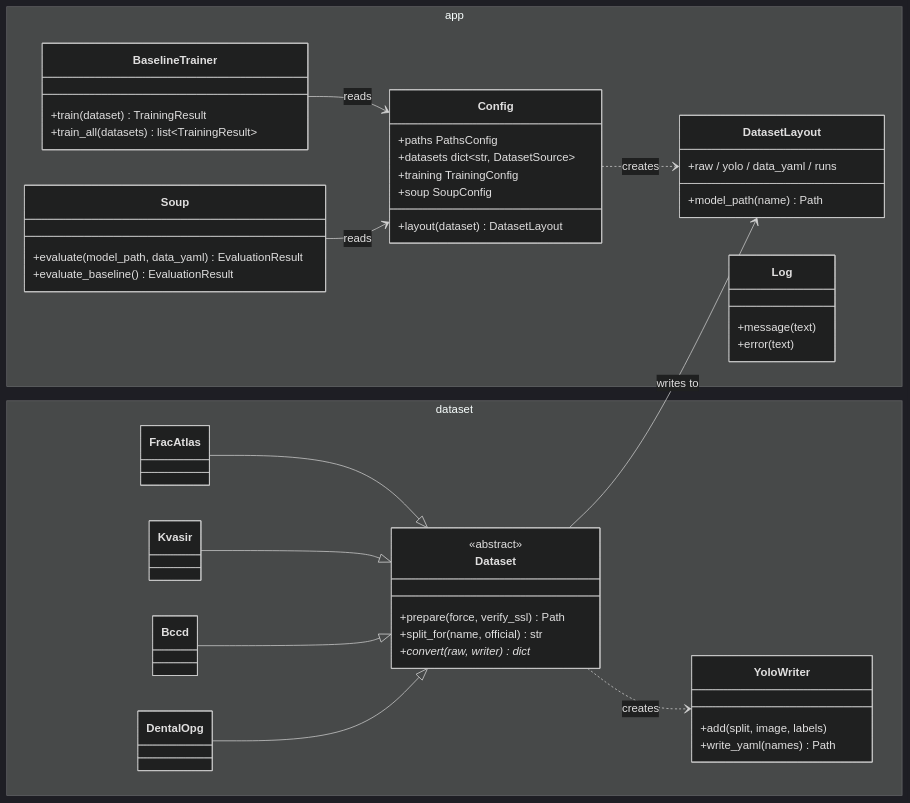
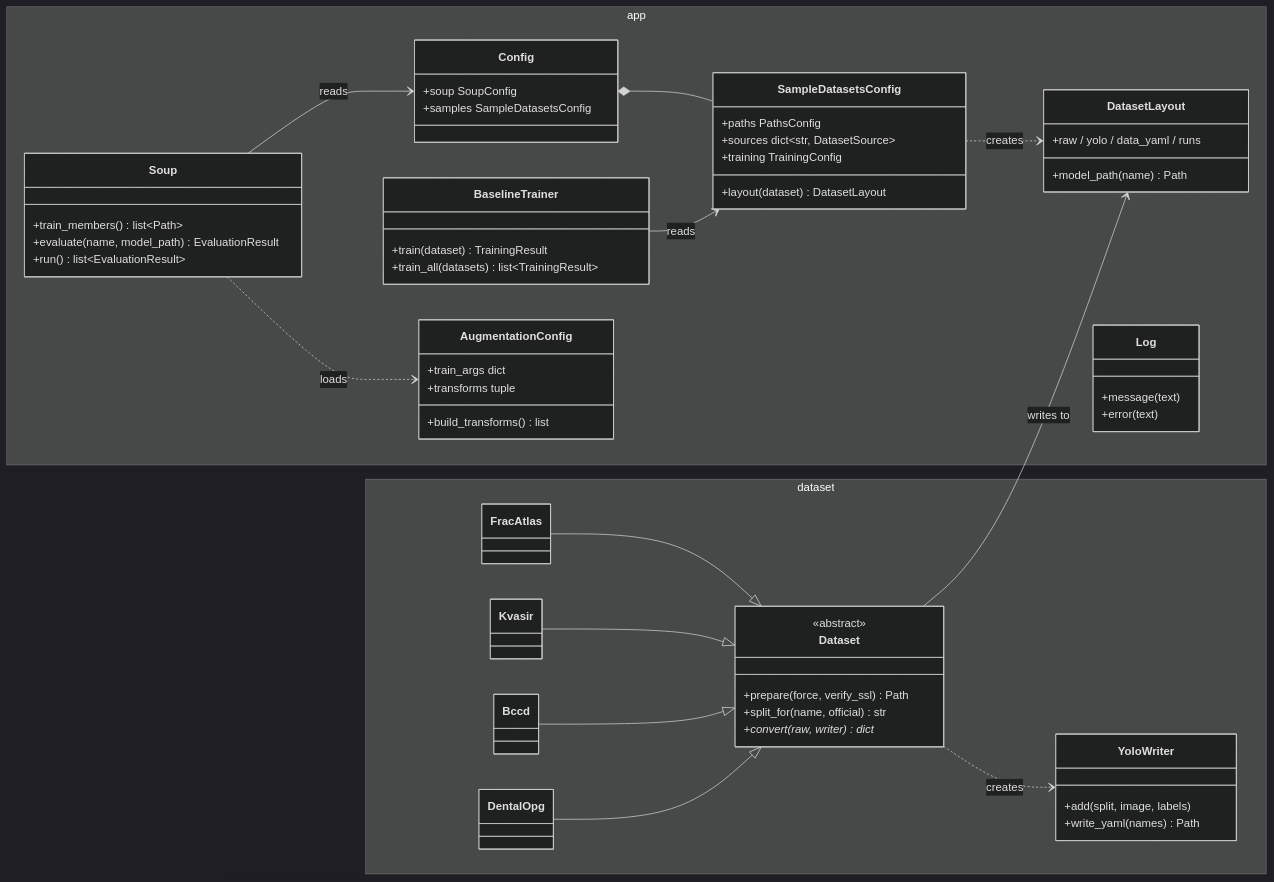
Before and after one commit to michael-mayo/model_soup: the second of 2 diagrams in README.md, drawn with Mermaid (dark theme). The commit also changed other lines of this file and 11 other files, not shown here.

Commit message:
finalised soup model code for finetuning any baseline model using a bagged subset of the training data + different augmentation settings

````diff
--- a/README.md
+++ b/README.md
@@ -171,54 +264,65 @@
 ```mermaid
 classDiagram
     direction LR
     namespace app {
         class Config {
+            +soup SoupConfig
+            +samples SampleDatasetsConfig
+        }
+        class SampleDatasetsConfig {
             +paths PathsConfig
-            +datasets dict~str, DatasetSource~
+            +sources dict~str, DatasetSource~
             +training TrainingConfig
-            +soup SoupConfig
             +layout(dataset) DatasetLayout
         }
         class DatasetLayout {
             +raw / yolo / data_yaml / runs
             +model_path(name) Path
         }
         class BaselineTrainer {
             +train(dataset) TrainingResult
             +train_all(datasets) list~TrainingResult~
         }
         class Soup {
-            +evaluate(model_path, data_yaml) EvaluationResult
-            +evaluate_baseline() EvaluationResult
+            +train_members() list~Path~
+            +evaluate(name, model_path) EvaluationResult
+            +run() list~EvaluationResult~
+        }
+        class AugmentationConfig {
+            +train_args dict
+            +transforms tuple
+            +build_transforms() list
         }
         class Log {
             +message(text)
             +error(text)
         }
     }
     namespace dataset {
         class Dataset {
             <<abstract>>
             +prepare(force, verify_ssl) Path
             +split_for(name, official) str
             +convert(raw, writer)* dict
         }
         class YoloWriter {
             +add(split, image, labels)
             +write_yaml(names) Path
         }
         class FracAtlas
         class Kvasir
         class Bccd
         class DentalOpg
     }
-    Config ..> DatasetLayout : creates
-    BaselineTrainer --> Config : reads
+    Config *-- SampleDatasetsConfig
+    SampleDatasetsConfig ..> DatasetLayout : creates
+    BaselineTrainer --> SampleDatasetsConfig : reads
     Soup --> Config : reads
+    Soup ..> AugmentationConfig : loads
     Dataset --> DatasetLayout : writes to
     Dataset ..> YoloWriter : creates
     FracAtlas --|> Dataset
     Kvasir --|> Dataset
     Bccd --|> Dataset
     DentalOpg --|> Dataset
 ```
````
